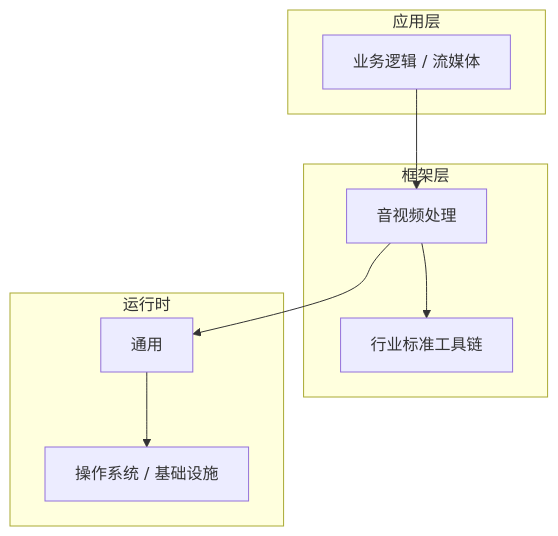
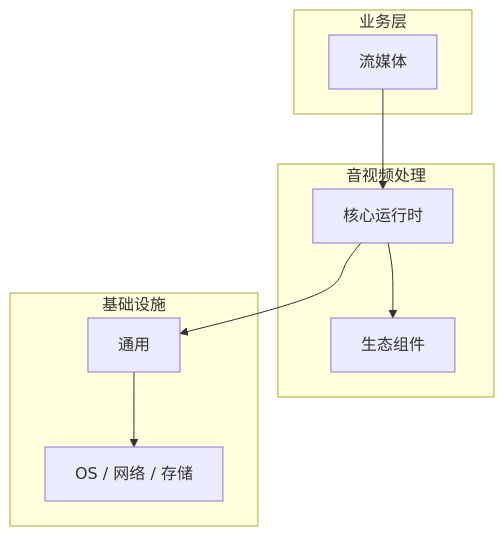
One commit to yanggan2015/knowledge-json-v2 changed the diagram in articles/音视频处理/chapters/071-流媒体核心概念与原理.md. Above: the diagram before and after it, drawn with Mermaid. The commit also changed other lines of this file and 10127 other files, not shown here.

````diff
--- a/articles/音视频处理/chapters/071-流媒体核心概念与原理.md
+++ b/articles/音视频处理/chapters/071-流媒体核心概念与原理.md
@@ -45,18 +30,18 @@
 ```mermaid
 graph TB
-    subgraph 应用层
-        A[业务逻辑 / 流媒体]
+    subgraph 业务层
+        A[流媒体]
     end
-    subgraph 框架层
-        B[音视频处理]
-        C[行业标准工具链]
+    subgraph 音视频处理
+        B[核心运行时]
+        C[生态组件]
     end
-    subgraph 运行时
+    subgraph 基础设施
         D[通用]
-        E[操作系统 / 基础设施]
+        E[OS / 网络 / 存储]
     end
     A --> B
     B --> C
     B --> D
     D --> E
 ```
````
